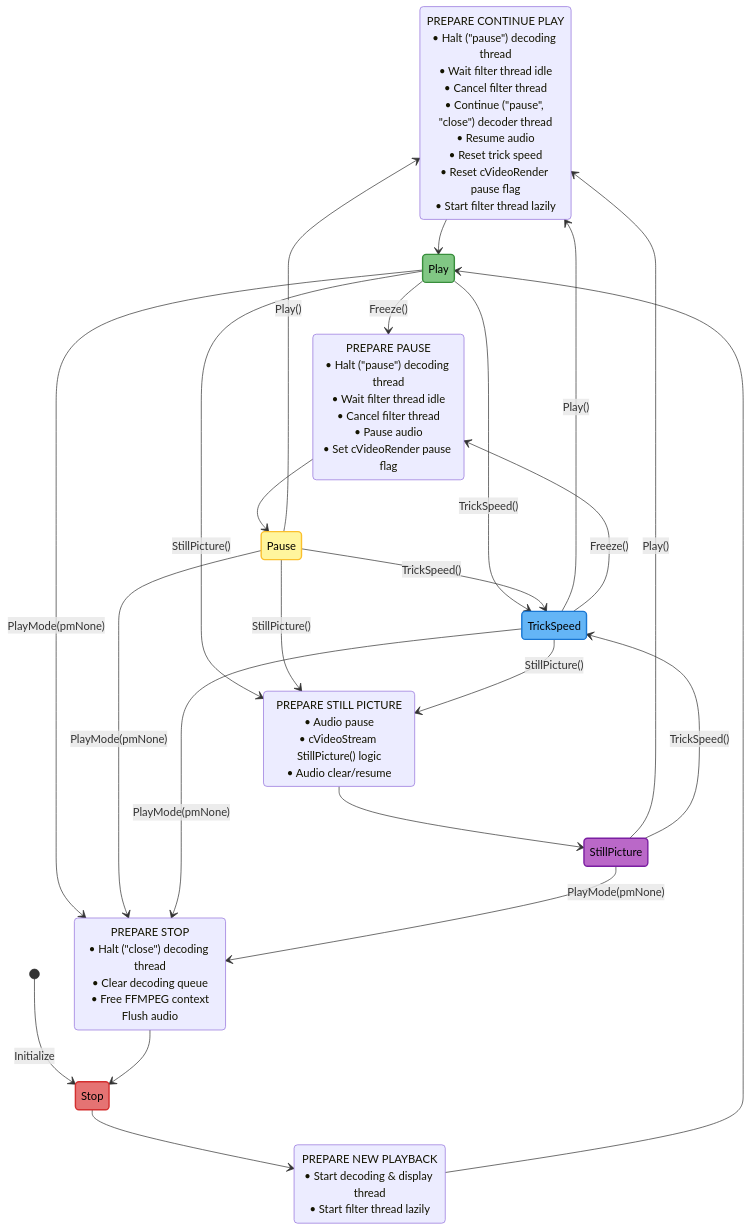
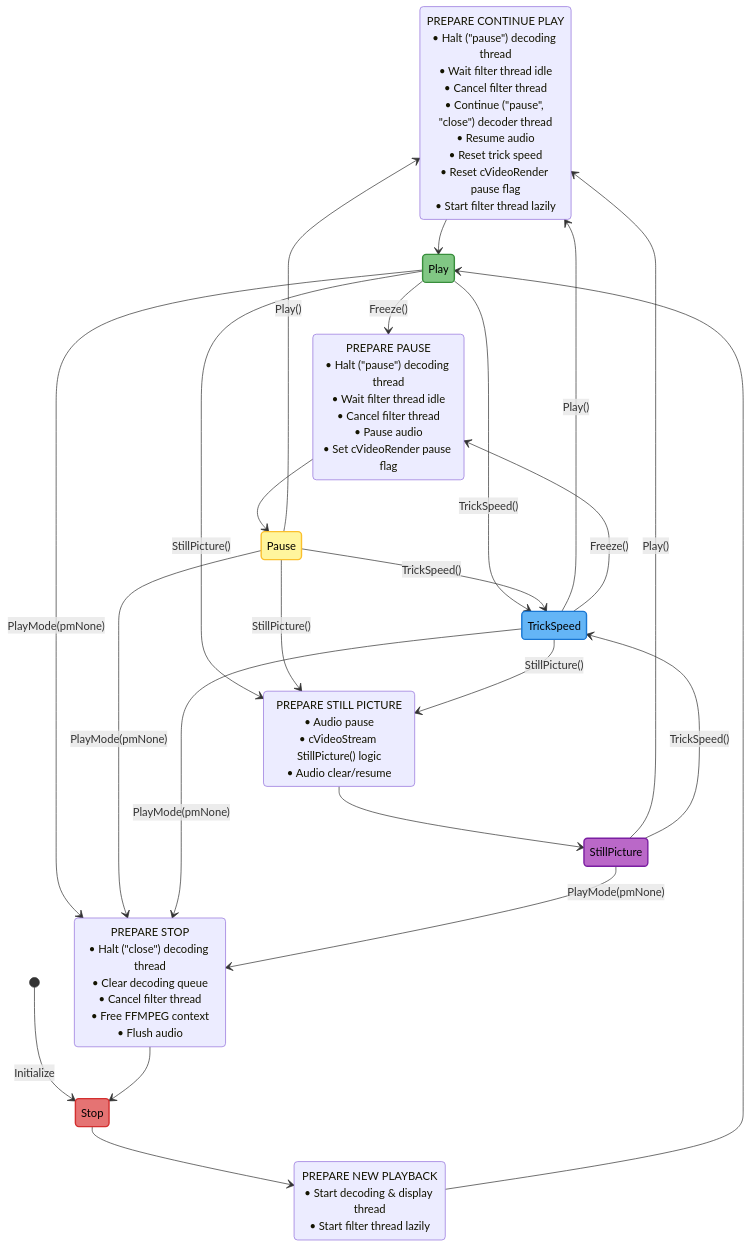
The first of 3 diagrams in DEVELOPER.md (rellla/vdr-plugin-softhddevice-drm-gles), drawn with Mermaid before and after one commit. The commit also changed other lines of this file, not shown here.

Commit message:
Add missing cancel filter thread in PrepareStop

````diff
--- a/DEVELOPER.md
+++ b/DEVELOPER.md
@@ -9,52 +9,52 @@
 ```mermaid
 stateDiagram-v2
     PrepareContinuePlay: PREPARE CONTINUE PLAY<br/>• Halt ("pause") decoding thread<br/>• Wait filter thread idle<br/>• Cancel filter thread<br />• Continue ("pause", "close") decoder thread<br/>• Resume audio<br/>• Reset trick speed<br/>• Reset cVideoRender pause flag<br/>• Start filter thread lazily
 
     PrepareNewPlay: PREPARE NEW PLAYBACK<br/>• Start decoding & display thread<br/>• Start filter thread lazily
 
-    PrepareStop: PREPARE STOP<br/>• Halt ("close") decoding thread<br/>• Clear decoding queue<br/>• Free FFMPEG context<br/>Flush audio
+    PrepareStop: PREPARE STOP<br/>• Halt ("close") decoding thread<br/>• Clear decoding queue<br/>• Cancel filter thread<br/>• Free FFMPEG context<br/>• Flush audio
 
     PreparePause: PREPARE PAUSE<br/>• Halt ("pause") decoding thread<br/>• Wait filter thread idle<br/>• Cancel filter thread<br />• Pause audio<br/>• Set cVideoRender pause flag
 
     PrepareStillPicture: PREPARE STILL PICTURE<br/>• Audio pause<br/>• cVideoStream StillPicture() logic<br/>• Audio clear/resume
 
     [*] --> Stop: Initialize
 
     PrepareStop --> Stop
     Stop --> PrepareNewPlay
 
     PrepareNewPlay --> Play
     PrepareContinuePlay --> Play
     Play --> PreparePause: Freeze()
     Play --> TrickSpeed: TrickSpeed()
     Play --> PrepareStop: PlayMode(pmNone)
     Play --> PrepareStillPicture: StillPicture()
 
     PreparePause --> Pause
     Pause --> PrepareContinuePlay: Play()
     Pause --> PrepareStop: PlayMode(pmNone)
     Pause --> TrickSpeed: TrickSpeed()
     Pause --> PrepareStillPicture: StillPicture()
 
     TrickSpeed --> PrepareContinuePlay: Play()
     TrickSpeed --> PreparePause: Freeze()
     TrickSpeed --> PrepareStop: PlayMode(pmNone)
     TrickSpeed --> PrepareStillPicture: StillPicture()
 
     PrepareStillPicture --> StillPicture
     StillPicture --> PrepareContinuePlay: Play()
     StillPicture --> PrepareStop: PlayMode(pmNone)
     StillPicture --> TrickSpeed: TrickSpeed()
 
     classDef stopState fill:#e57373,stroke:#d32f2f,stroke-width:2px,color:#000
     classDef playState fill:#81c784,stroke:#388e3c,stroke-width:2px,color:#000
     classDef pauseState fill:#fff59d,stroke:#fbc02d,stroke-width:2px,color:#000
     classDef trickspeedState fill:#64b5f6,stroke:#1976d2,stroke-width:2px,color:#000
     classDef stillpictureState fill:#ba68c8,stroke:#7b1fa2,stroke-width:2px,color:#000
 
     class Stop stopState
     class Play playState
     class Pause pauseState
     class TrickSpeed trickspeedState
     class StillPicture stillpictureState
 ```
````
